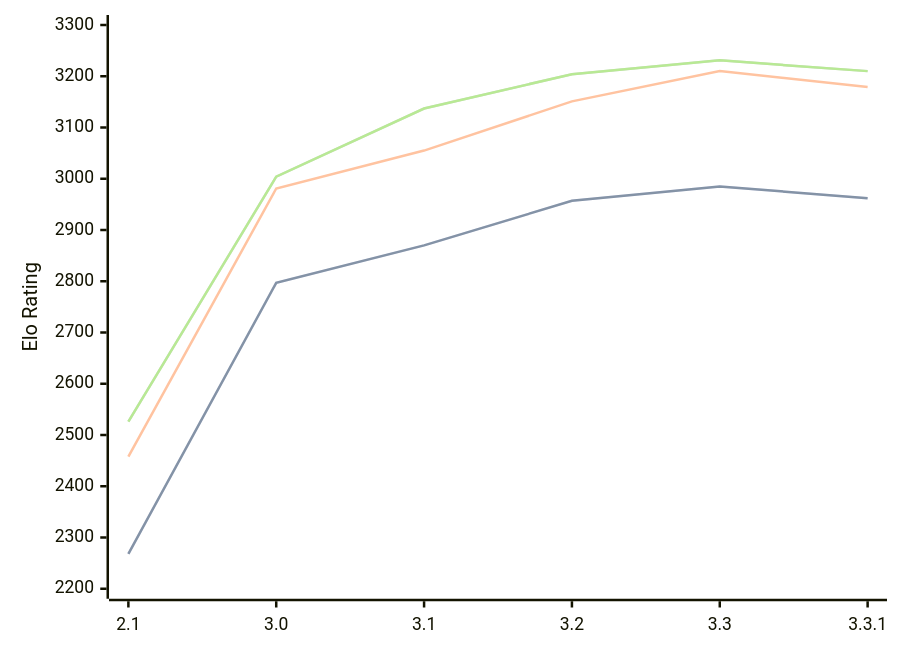
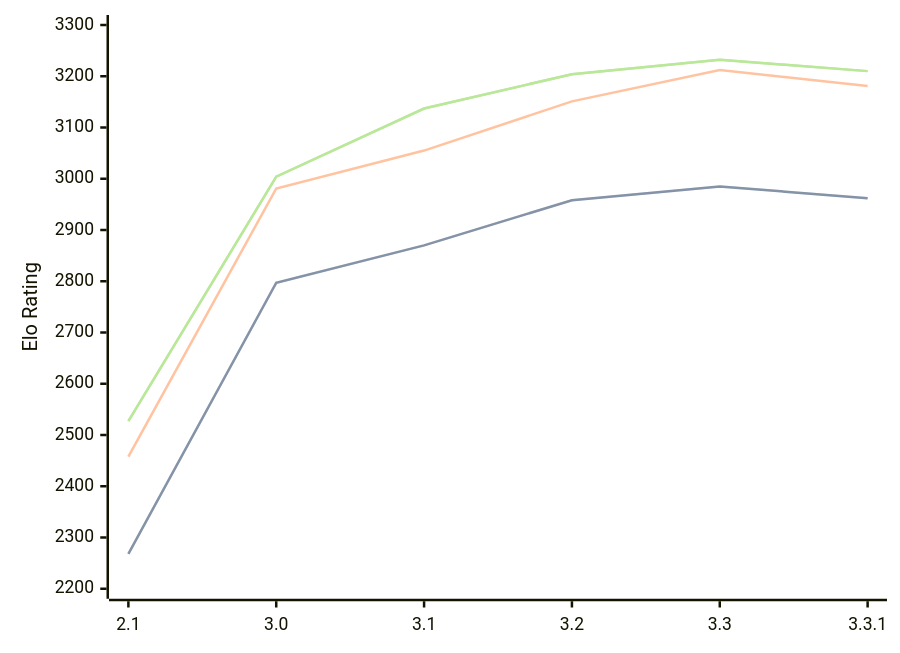
One commit to computer-chess-index/cci changed the diagram in engines/Petrel.md. Above: the diagram before and after it, drawn with Mermaid. The commit also changed other lines of this file, not shown here.

Commit message:
Update CCI Ratings (ELO VLTC) - 2026-02-15

````diff
--- a/engines/Petrel.md
+++ b/engines/Petrel.md
@@ -40,11 +40,11 @@
 ```mermaid
 %%{init: {"theme":"base","themeVariables":{"seriesColors:['#a3a3a3','#222221','#faa371']}}}%%
 xychart-beta
   x-axis ["2.1", "3.0", "3.1", "3.2", "3.3", "3.3.1"]
   y-axis "Elo Rating" 2200 --> 3300
-  line "STC (8.0+0.08s)" [2268, 2797, 2870, 2957, 2985, 2962]
-  line "STC (8.0+0.08s)" [2268, 2797, 2870, 2957, 2985, 2962]
-  line "LTC (60.0+0.60s)" [2458, 2981, 3055, 3151, 3210, 3179]
-  line "VLTC (2m24s+1.12s)" [2526, 3004, 3137, 3204, 3231, 3210]
-  line "VLTC (2m24s+1.12s)" [2526, 3004, 3137, 3204, 3231, 3210]
+  line "STC (8.0+0.08s)" [2268, 2797, 2870, 2958, 2985, 2962]
+  line "STC (8.0+0.08s)" [2268, 2797, 2870, 2958, 2985, 2962]
+  line "LTC (60.0+0.60s)" [2458, 2981, 3055, 3151, 3212, 3181]
+  line "VLTC (2m24s+1.12s)" [2527, 3004, 3137, 3204, 3232, 3210]
+  line "VLTC (2m24s+1.12s)" [2527, 3004, 3137, 3204, 3232, 3210]
 ```
````
